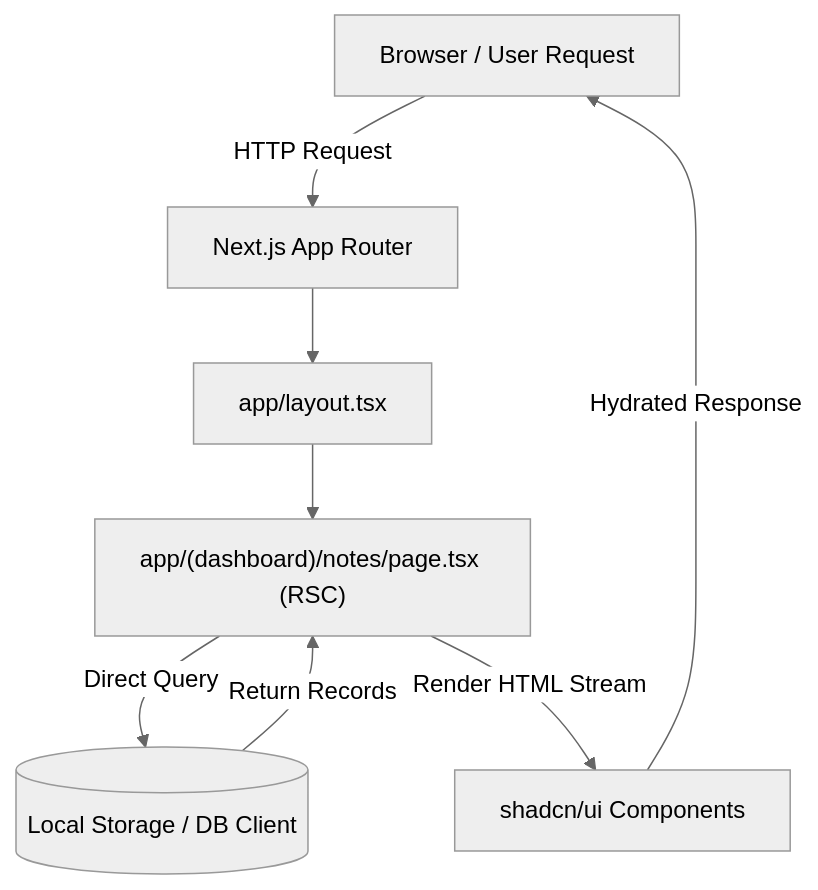
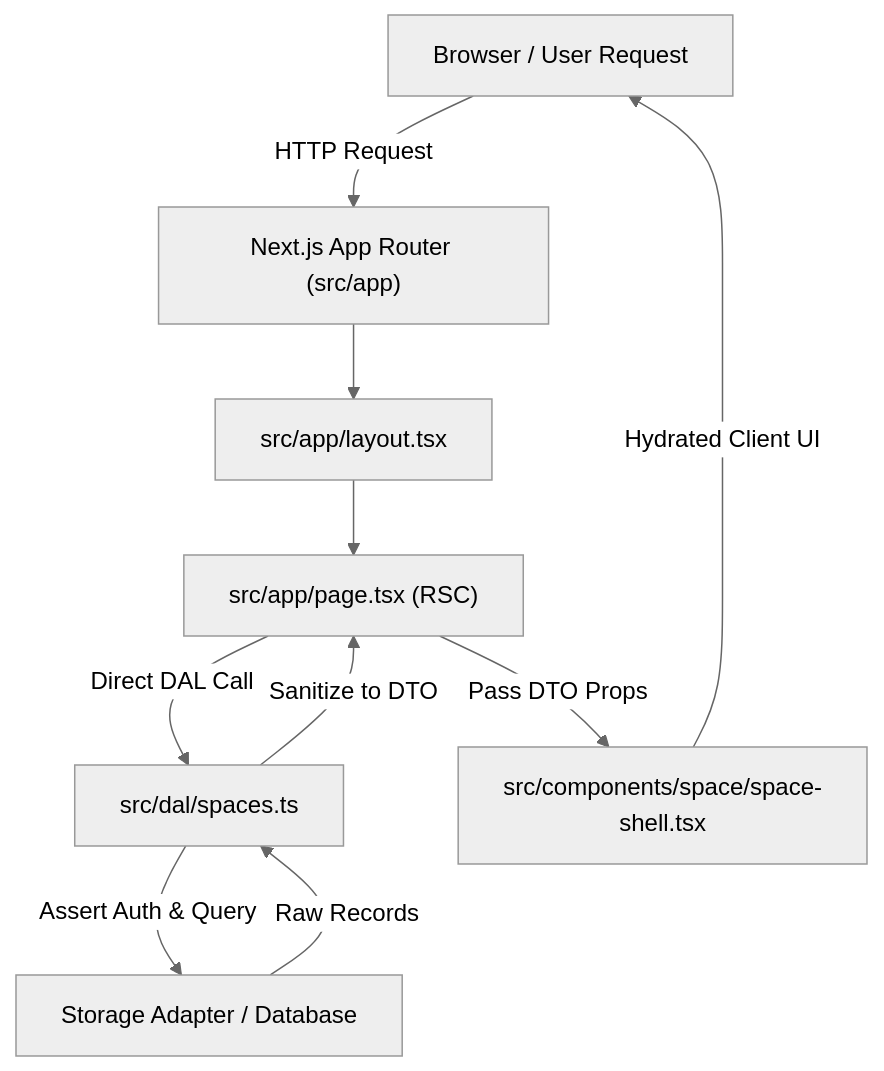
Before and after one commit to ianmaciel7/notes-app: the first of 2 diagrams in ARCHITECTURE.md, drawn with Mermaid (neutral theme). The commit also changed other lines of this file and 63 other files, not shown here.

Commit message:
feat: implement local-first data access layer, space domain features, test suites, and Portuguese documentation translations

````diff
--- a/ARCHITECTURE.md
+++ b/ARCHITECTURE.md
@@ -111,10 +151,12 @@
 ```mermaid
 flowchart TD
-    Req[Browser / User Request] -->|HTTP Request| Router[Next.js App Router]
-    Router --> Layout[app/layout.tsx]
-    Layout --> Page["app/(dashboard)/notes/page.tsx (RSC)"]
-    Page -->|Direct Query| DB[(Local Storage / DB Client)]
-    DB -->|Return Records| Page
-    Page -->|Render HTML Stream| UI[shadcn/ui Components]
-    UI -->|Hydrated Response| Req
+    Req["Browser / User Request"] -->|HTTP Request| Router["Next.js App Router (src/app)"]
+    Router --> Layout["src/app/layout.tsx"]
+    Layout --> Page["src/app/page.tsx (RSC)"]
+    Page -->|Direct DAL Call| DAL["src/dal/spaces.ts"]
+    DAL -->|Assert Auth & Query| Storage["Storage Adapter / Database"]
+    Storage -->|Raw Records| DAL
+    DAL -->|Sanitize to DTO| Page
+    Page -->|Pass DTO Props| UI["src/components/space/space-shell.tsx"]
+    UI -->|Hydrated Client UI| Req
 ```
````
